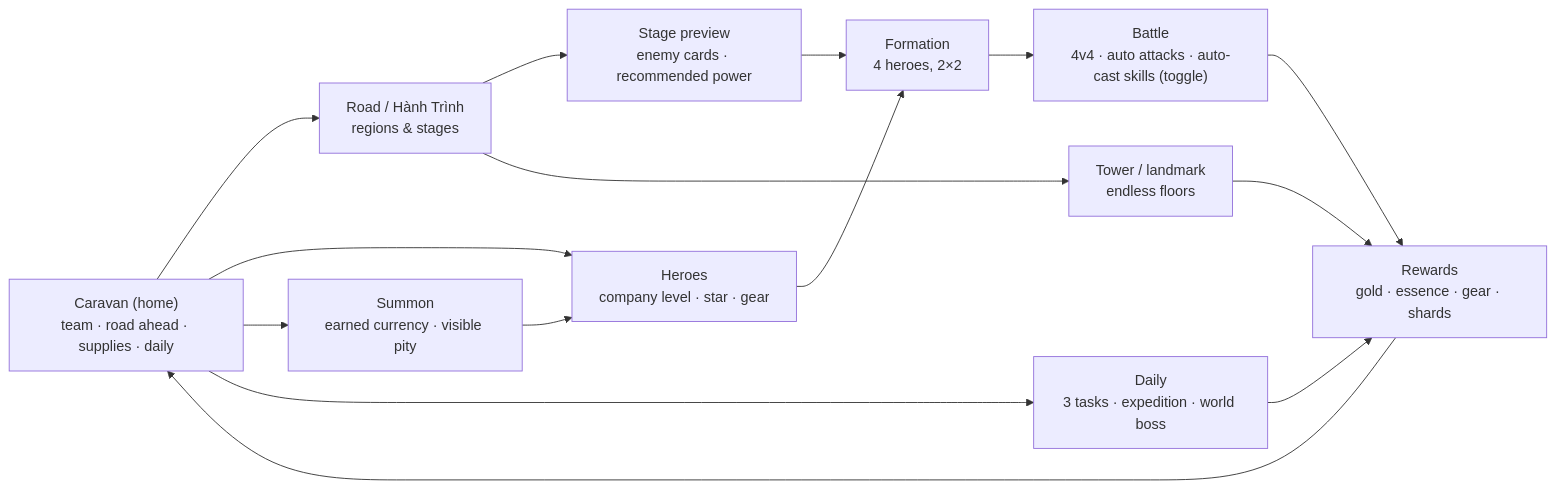
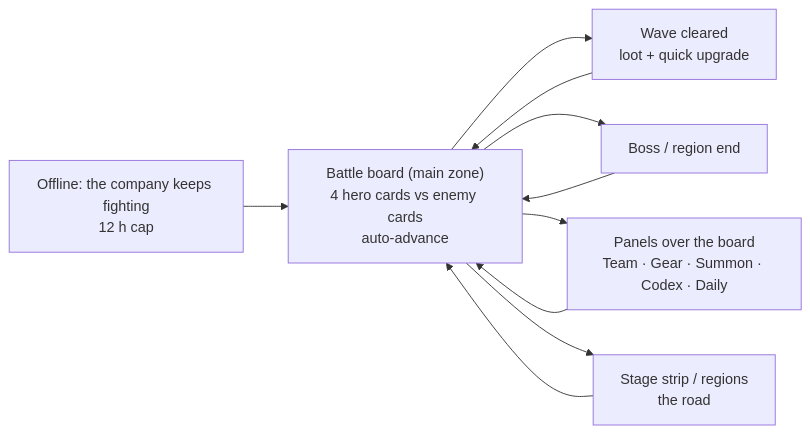
The diagram in plans/idle-card-rpg/design.md (vinh466/tohe-play), drawn with Mermaid before and after one commit. The commit also changed other lines of this file and 11 other files, not shown here.

Commit message:
docs(plans): pivot to the main battle board and choose P0

````diff
--- a/plans/idle-card-rpg/design.md
+++ b/plans/idle-card-rpg/design.md
@@ -11,17 +11,12 @@
 ```mermaid
 flowchart LR
-  caravan["Caravan (home)<br/>team · road ahead · supplies · daily"] --> road["Road / Hành Trình<br/>regions & stages"]
-  road --> stage["Stage preview<br/>enemy cards · recommended power"]
-  stage --> formation["Formation<br/>4 heroes, 2×2"]
-  formation --> battle["Battle<br/>4v4 · auto attacks · auto-cast skills (toggle)"]
-  battle --> rewards["Rewards<br/>gold · essence · gear · shards"]
-  rewards --> caravan
-  caravan --> heroes["Heroes<br/>company level · star · gear"]
-  heroes --> formation
-  caravan --> summon["Summon<br/>earned currency · visible pity"]
-  summon --> heroes
-  caravan --> daily["Daily<br/>3 tasks · expedition · world boss"]
-  daily --> rewards
-  road --> tower["Tower / landmark<br/>endless floors"]
-  tower --> rewards
+  board["Battle board (main zone)<br/>4 hero cards vs enemy cards<br/>auto-advance"] --> wave["Wave cleared<br/>loot + quick upgrade"]
+  wave --> board
+  board --> boss["Boss / region end"]
+  boss --> board
+  board --> panels["Panels over the board<br/>Team · Gear · Summon · Codex · Daily"]
+  panels --> board
+  offline["Offline: the company keeps fighting<br/>12 h cap"] --> board
+  board --> road["Stage strip / regions<br/>the road"]
+  road --> board
 ```
````
